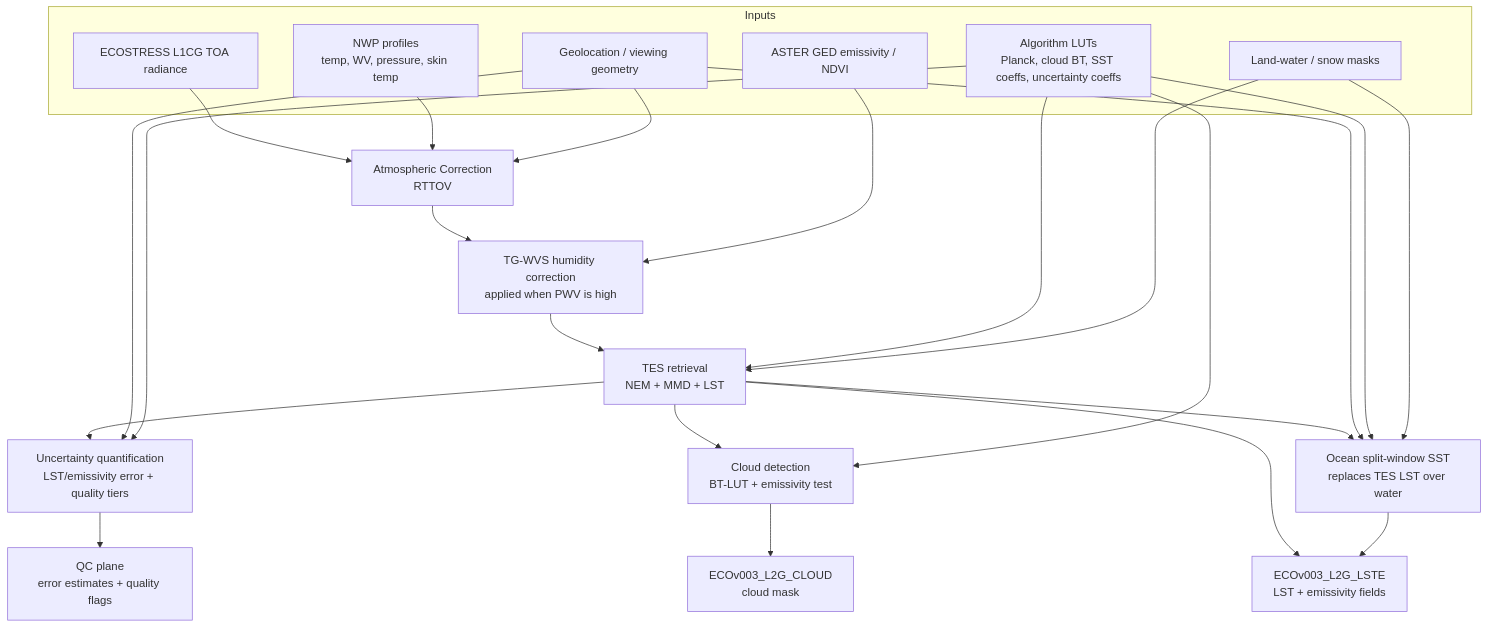
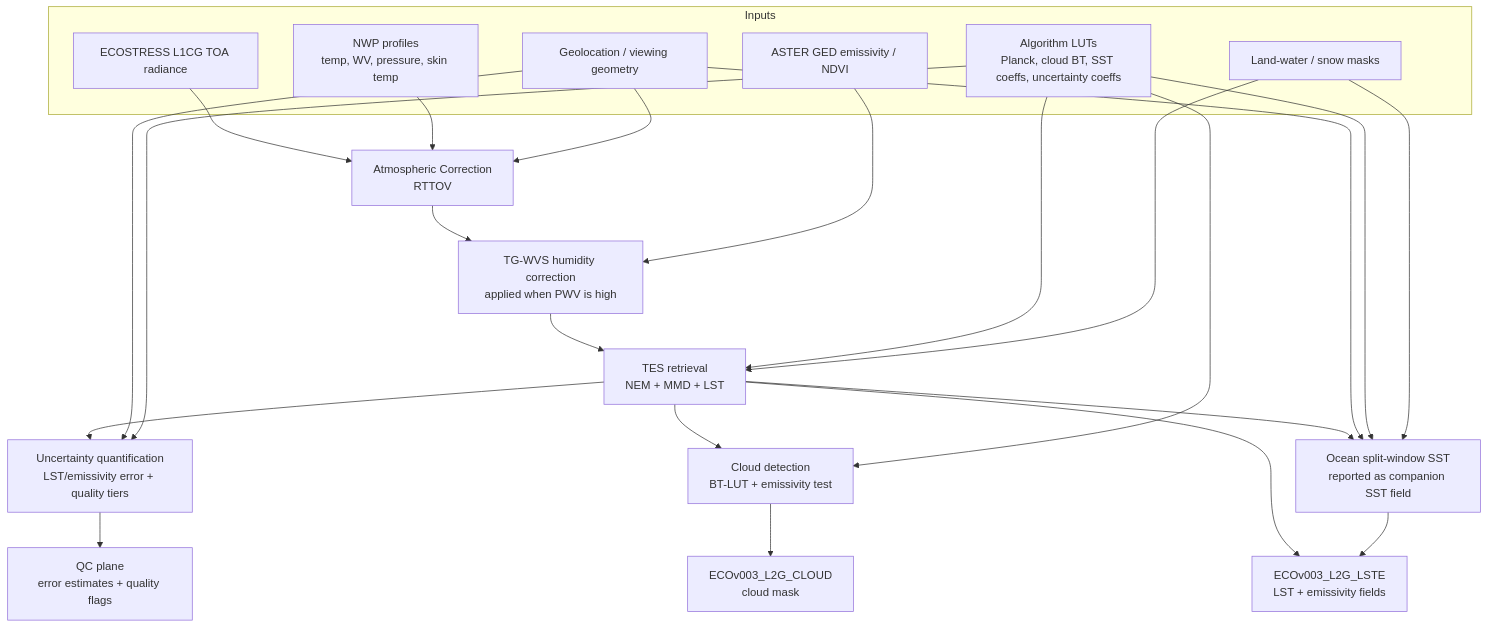
The first of 4 diagrams in README.md (gregory-halverson/ECOv003-L2-LSTE), drawn with Mermaid before and after one commit. The commit also changed other lines of this file, not shown here.

````diff
--- a/README.md
+++ b/README.md
@@ -110,41 +110,41 @@
 ```mermaid
 flowchart TD
 	subgraph Inputs
 		L1CG[ECOSTRESS L1CG TOA radiance]
 		NWP[NWP profiles<br/>temp, WV, pressure, skin temp]
 		ASTER[ASTER GED emissivity / NDVI]
 		LUTs[Algorithm LUTs<br/>Planck, cloud BT, SST coeffs, uncertainty coeffs]
 		GEO[Geolocation / viewing geometry]
 		MASK[Land-water / snow masks]
 	end
 
 	L1CG --> AC
 	NWP --> AC
 	GEO --> AC
 	AC[Atmospheric Correction<br/>RTTOV] --> WVS
 	ASTER --> WVS
 	WVS[TG-WVS humidity correction<br/>applied when PWV is high] --> TES
 
 	TES[TES retrieval<br/>NEM + MMD + LST] --> LSTE
 	LUTs --> TES
 	MASK --> TES
 
 	TES --> CLOUD
 	LUTs --> CLOUD
 	CLOUD[Cloud detection<br/>BT-LUT + emissivity test] --> CLOUD_OUT
 
 	TES --> SST
 	GEO --> SST
 	LUTs --> SST
 	MASK --> SST
-	SST[Ocean split-window SST<br/>replaces TES LST over water] --> LSTE
+	SST[Ocean split-window SST<br/>reported as companion SST field] --> LSTE
 
 	TES --> UQ
 	GEO --> UQ
 	LUTs --> UQ
 	UQ[Uncertainty quantification<br/>LST/emissivity error + quality tiers] --> QC
 
 	LSTE[ECOv003_L2G_LSTE<br/>LST + emissivity fields]
 	CLOUD_OUT[ECOv003_L2G_CLOUD<br/>cloud mask]
 	QC[QC plane<br/>error estimates + quality flags]
 ```
````
